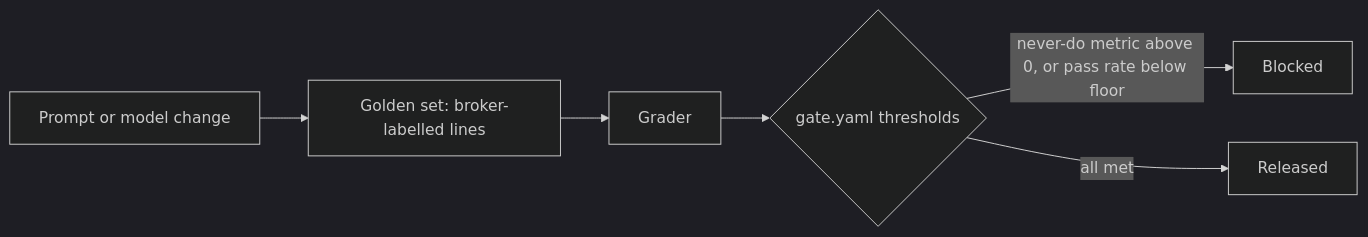
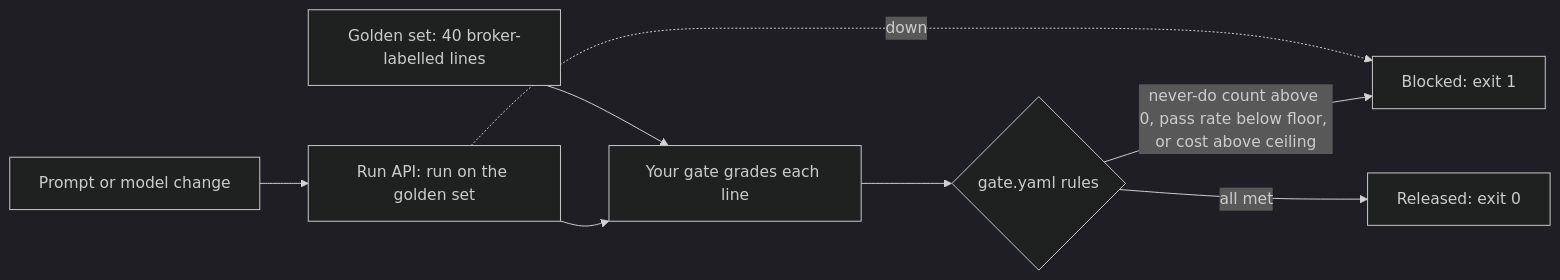
Before and after one commit to learnwithparam/agentic-architecture: the diagram in parts/08-gate-each-release/README.md, drawn with Mermaid (dark theme). The commit also changed other lines of this file and 3 other files, not shown here.

Commit message:
Add part and step READMEs, expected picture and capture script for gate-each-release

````diff
--- a/parts/08-gate-each-release/README.md
+++ b/parts/08-gate-each-release/README.md
@@ -16,8 +19,10 @@
 ```mermaid
 flowchart LR
-  CH[Prompt or model change] --> GS[Golden set: broker-labelled lines]
-  GS --> GR[Grader]
-  GR --> TH{gate.yaml thresholds}
-  TH -->|never-do metric above 0, or pass rate below floor| BL[Blocked]
-  TH -->|all met| OK[Released]
+  CH[Prompt or model change] --> RA[Run API: run on the golden set]
+  RA --> GR[Your gate grades each line]
+  GS[Golden set: 40 broker-labelled lines] --> GR
+  GR --> TH{gate.yaml rules}
+  TH -->|never-do count above 0, pass rate below floor, or cost above ceiling| BL[Blocked: exit 1]
+  TH -->|all met| OK[Released: exit 0]
+  RA -.->|down| BL
 ```
````
